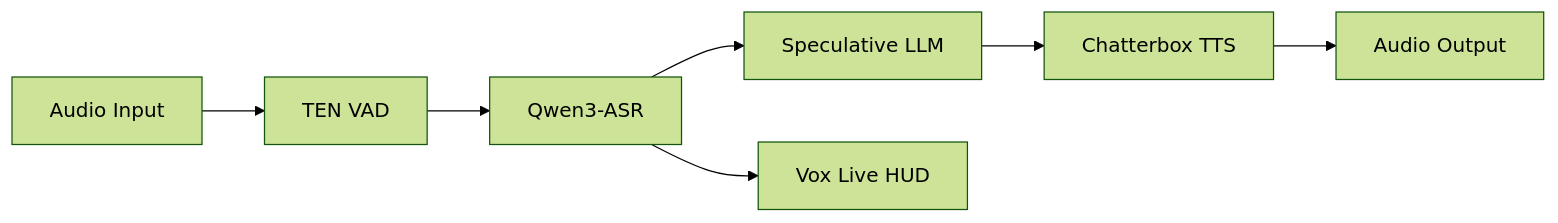
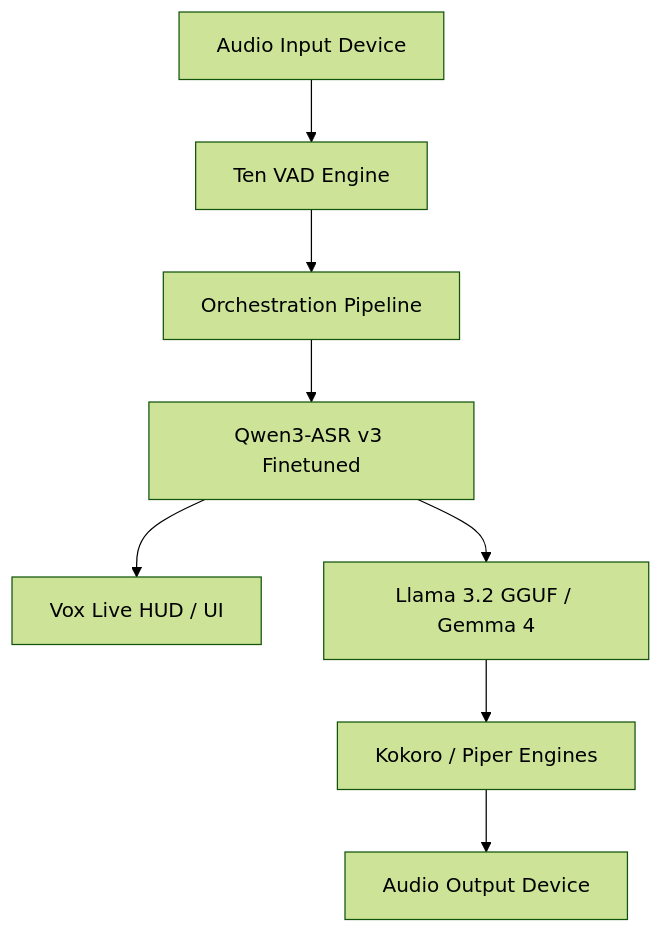
Before and after one commit to addy-47/vox: the diagram in README.md, drawn with Mermaid (forest theme). The commit also changed other lines of this file and 62 other files, not shown here.

````diff
--- a/README.md
+++ b/README.md
@@ -60,9 +43,10 @@
 ```mermaid
-graph LR
-    Mic[Audio Input] --> VAD[TEN VAD]
-    VAD --> STT[Qwen3-ASR]
-    STT --> LLM[Speculative LLM]
-    LLM --> TTS[Chatterbox TTS]
-    TTS --> Out[Audio Output]
-    STT --> UI[Vox Live HUD]
+graph TD
+    Mic[Audio Input Device] --> VAD[Ten VAD Engine]
+    VAD --> Pipeline[Orchestration Pipeline]
+    Pipeline --> STT[Qwen3-ASR v3 Finetuned]
+    STT --> HUD[Vox Live HUD / UI]
+    STT --> LLM[Llama 3.2 GGUF / Gemma 4]
+    LLM --> TTS[Kokoro / Piper Engines]
+    TTS --> Speaker[Audio Output Device]
 ```
````
